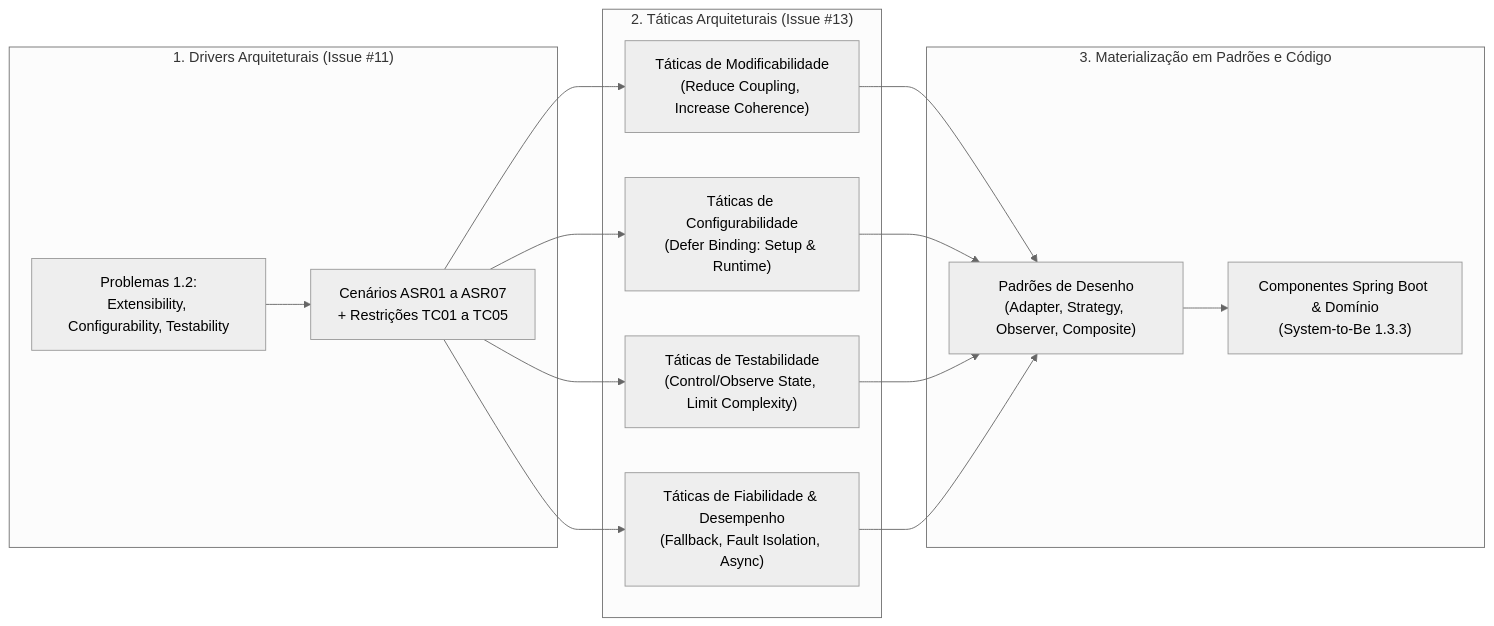
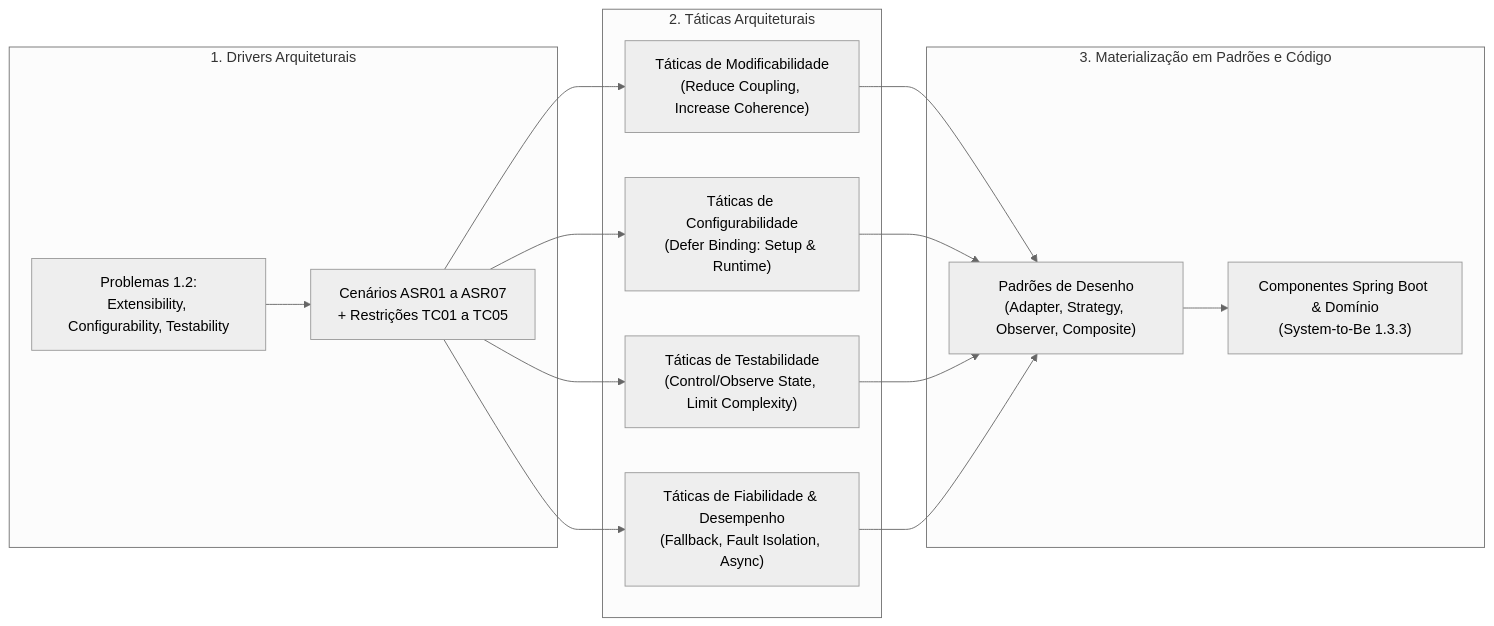
Before and after one commit to RafaelBrandao04/psoft-project-2026-1: the first of 5 diagrams in Docs/ARQSOFT/system-to-be/architectural-tactics.md, drawn with Mermaid (neutral theme). The commit also changed other lines of this file and 7 other files, not shown here.

````diff
--- a/Docs/ARQSOFT/system-to-be/architectural-tactics.md
+++ b/Docs/ARQSOFT/system-to-be/architectural-tactics.md
@@ -14,24 +14,24 @@
 ```mermaid
 flowchart LR
-    subgraph Drivers["1. Drivers Arquiteturais (Issue #11)"]
+    subgraph Drivers["1. Drivers Arquiteturais"]
         P["Problemas 1.2:<br/>Extensibility, Configurability, Testability"]
         ASR["Cenários ASR01 a ASR07<br/>+ Restrições TC01 a TC05"]
     end
 
-    subgraph Tactics["2. Táticas Arquiteturais (Issue #13)"]
+    subgraph Tactics["2. Táticas Arquiteturais"]
         TM["Táticas de Modificabilidade<br/>(Reduce Coupling, Increase Coherence)"]
         TC["Táticas de Configurabilidade<br/>(Defer Binding: Setup & Runtime)"]
         TT["Táticas de Testabilidade<br/>(Control/Observe State, Limit Complexity)"]
         TR["Táticas de Fiabilidade & Desempenho<br/>(Fallback, Fault Isolation, Async)"]
     end
 
     subgraph Realization["3. Materialização em Padrões e Código"]
         PAT["Padrões de Desenho<br/>(Adapter, Strategy, Observer, Composite)"]
         CODE["Componentes Spring Boot & Domínio<br/>(System-to-Be 1.3.3)"]
     end
 
     P --> ASR
     ASR --> TM & TC & TT & TR
     TM & TC & TT & TR --> PAT
     PAT --> CODE
 ```
````
